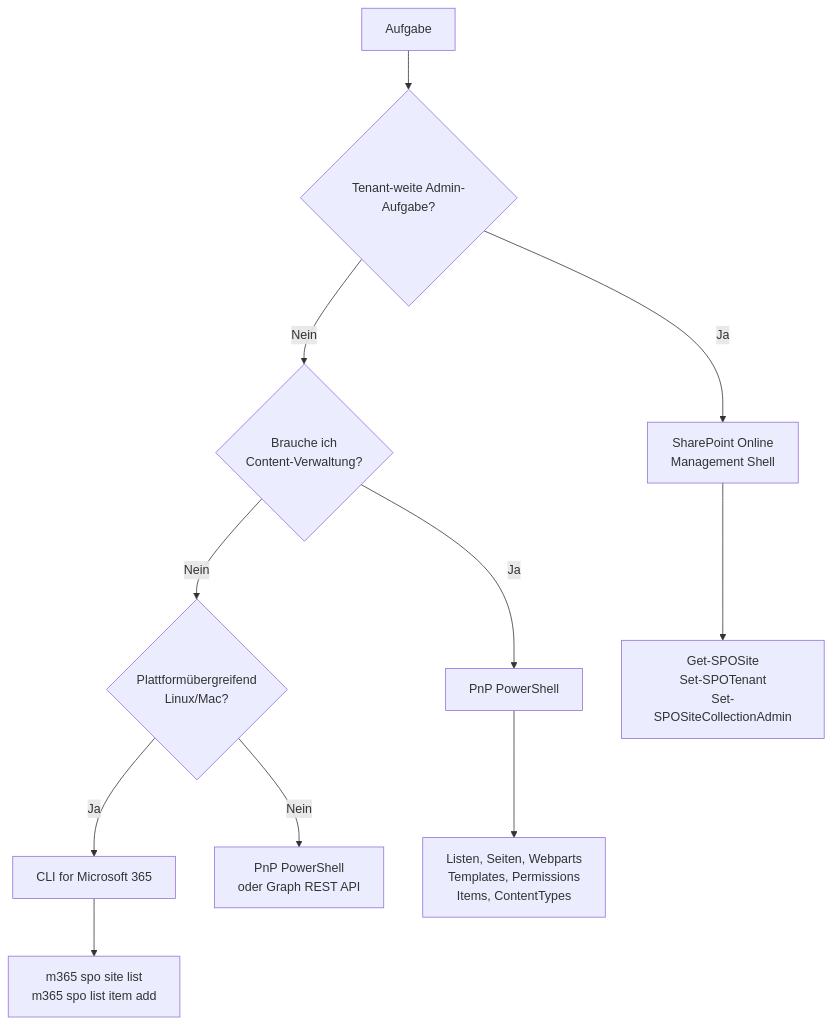
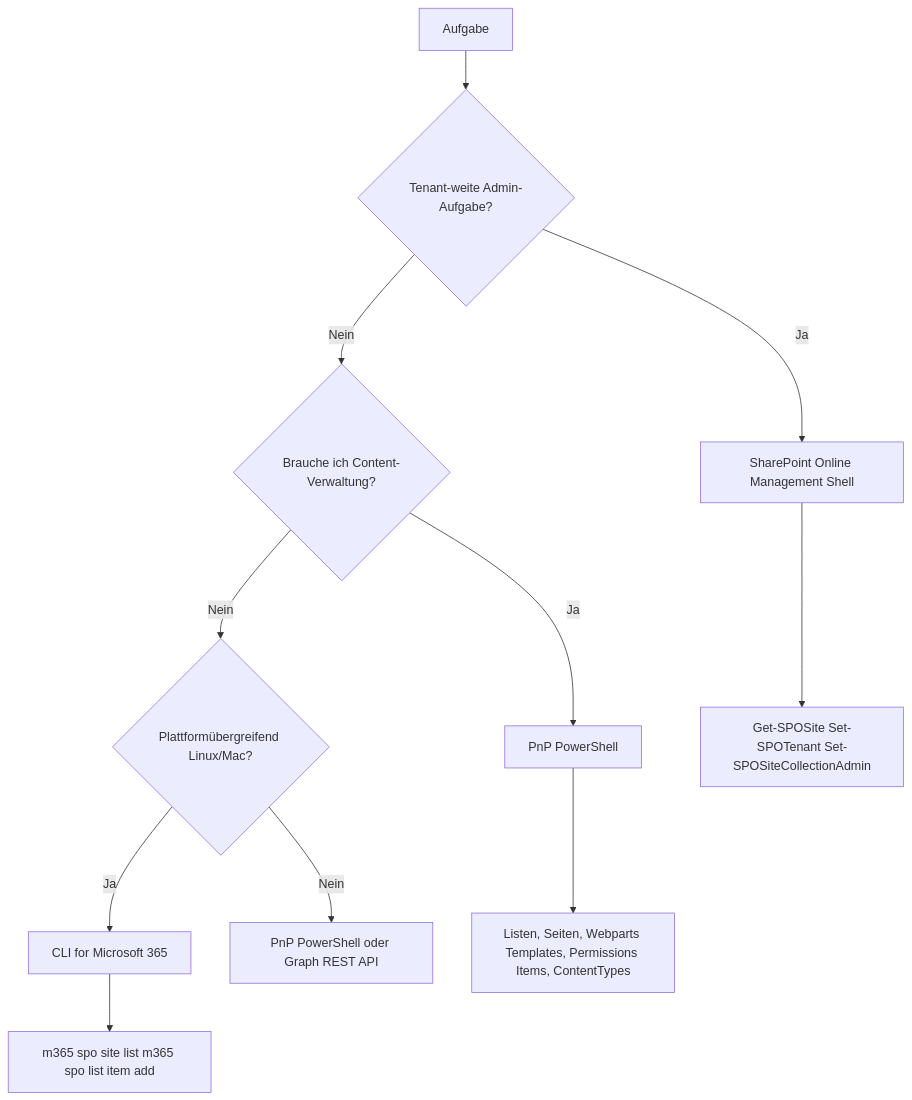
Before and after one commit to SoniiiT/notes-n-docs: the diagram in Microsoft 365/SharePoint OneDrive/SharePoint PowerShell und PnP.md, drawn with Mermaid. The commit also changed 124 other files, not shown here.

First line of the commit message:
fix: Entferne \n aus allen Mermaid-Diagrammen (125 Dateien)

````diff
--- a/Microsoft 365/SharePoint OneDrive/SharePoint PowerShell und PnP.md
+++ b/Microsoft 365/SharePoint OneDrive/SharePoint PowerShell und PnP.md
@@ -27,14 +27,14 @@
 ```mermaid
 graph TD
     A[Aufgabe] --> B{Tenant-weite Admin-Aufgabe?}
-    B -->|Ja| C[SharePoint Online\nManagement Shell]
-    B -->|Nein| D{Brauche ich\nContent-Verwaltung?}
+    B -->|Ja| C[SharePoint Online Management Shell]
+    B -->|Nein| D{Brauche ich Content-Verwaltung?}
     D -->|Ja| E[PnP PowerShell]
-    D -->|Nein| F{Plattformübergreifend\nLinux/Mac?}
+    D -->|Nein| F{Plattformübergreifend Linux/Mac?}
     F -->|Ja| G[CLI for Microsoft 365]
-    F -->|Nein| H[PnP PowerShell\noder Graph REST API]
+    F -->|Nein| H[PnP PowerShell oder Graph REST API]
 
-    C --> I[Get-SPOSite\nSet-SPOTenant\nSet-SPOSiteCollectionAdmin]
-    E --> J[Listen, Seiten, Webparts\nTemplates, Permissions\nItems, ContentTypes]
-    G --> K[m365 spo site list\nm365 spo list item add]
+    C --> I[Get-SPOSite Set-SPOTenant Set-SPOSiteCollectionAdmin]
+    E --> J[Listen, Seiten, Webparts Templates, Permissions Items, ContentTypes]
+    G --> K[m365 spo site list m365 spo list item add]
 ```
````
